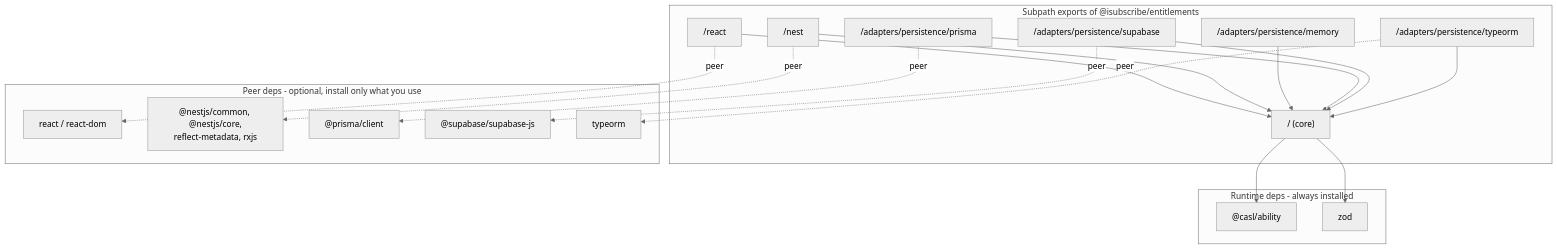
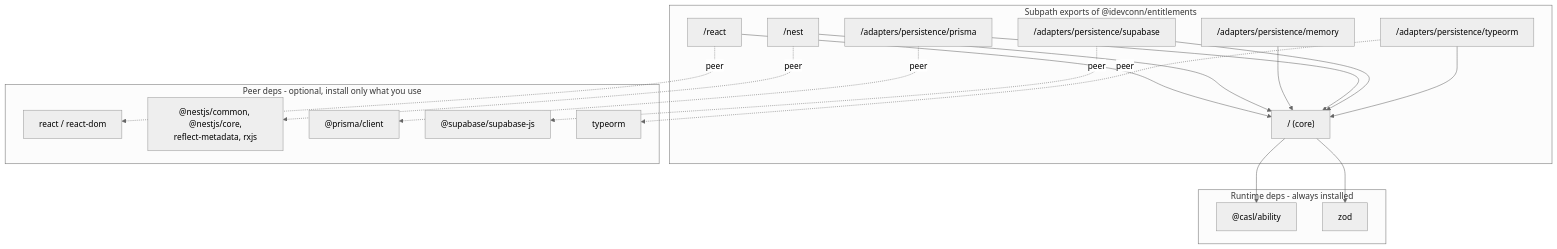
Before and after one commit to iDEVconn/isubscribe-entitlements: the second of 12 diagrams in doc/guide.md, drawn with Mermaid (neutral theme). The commit also changed other lines of this file and 27 other files, not shown here.

````diff
--- a/doc/guide.md
+++ b/doc/guide.md
@@ -82,39 +82,39 @@
 ```mermaid
 flowchart TB
-    subgraph subpath [Subpath exports of @isubscribe/entitlements]
+    subgraph subpath [Subpath exports of @idevconn/entitlements]
         Core["/ (core)"]
         ReactPkg["/react"]
         NestPkg["/nest"]
         AdMem["/adapters/persistence/memory"]
         AdPrisma["/adapters/persistence/prisma"]
         AdSupabase["/adapters/persistence/supabase"]
         AdTypeOrm["/adapters/persistence/typeorm"]
     end
 
     subgraph runtimeDeps [Runtime deps - always installed]
         CASL["@casl/ability"]
         Zod["zod"]
     end
 
     subgraph peerDeps [Peer deps - optional, install only what you use]
         ReactDep["react / react-dom"]
         NestDep["@nestjs/common, @nestjs/core,<br/>reflect-metadata, rxjs"]
         PrismaDep["@prisma/client"]
         SupaDep["@supabase/supabase-js"]
         TypeOrmDep["typeorm"]
     end
 
     Core --> CASL
     Core --> Zod
     ReactPkg --> Core
     ReactPkg -.->|"peer"| ReactDep
     NestPkg --> Core
     NestPkg -.->|"peer"| NestDep
     AdMem --> Core
     AdPrisma --> Core
     AdPrisma -.->|"peer"| PrismaDep
     AdSupabase --> Core
     AdSupabase -.->|"peer"| SupaDep
     AdTypeOrm --> Core
     AdTypeOrm -.->|"peer"| TypeOrmDep
 ```
````
